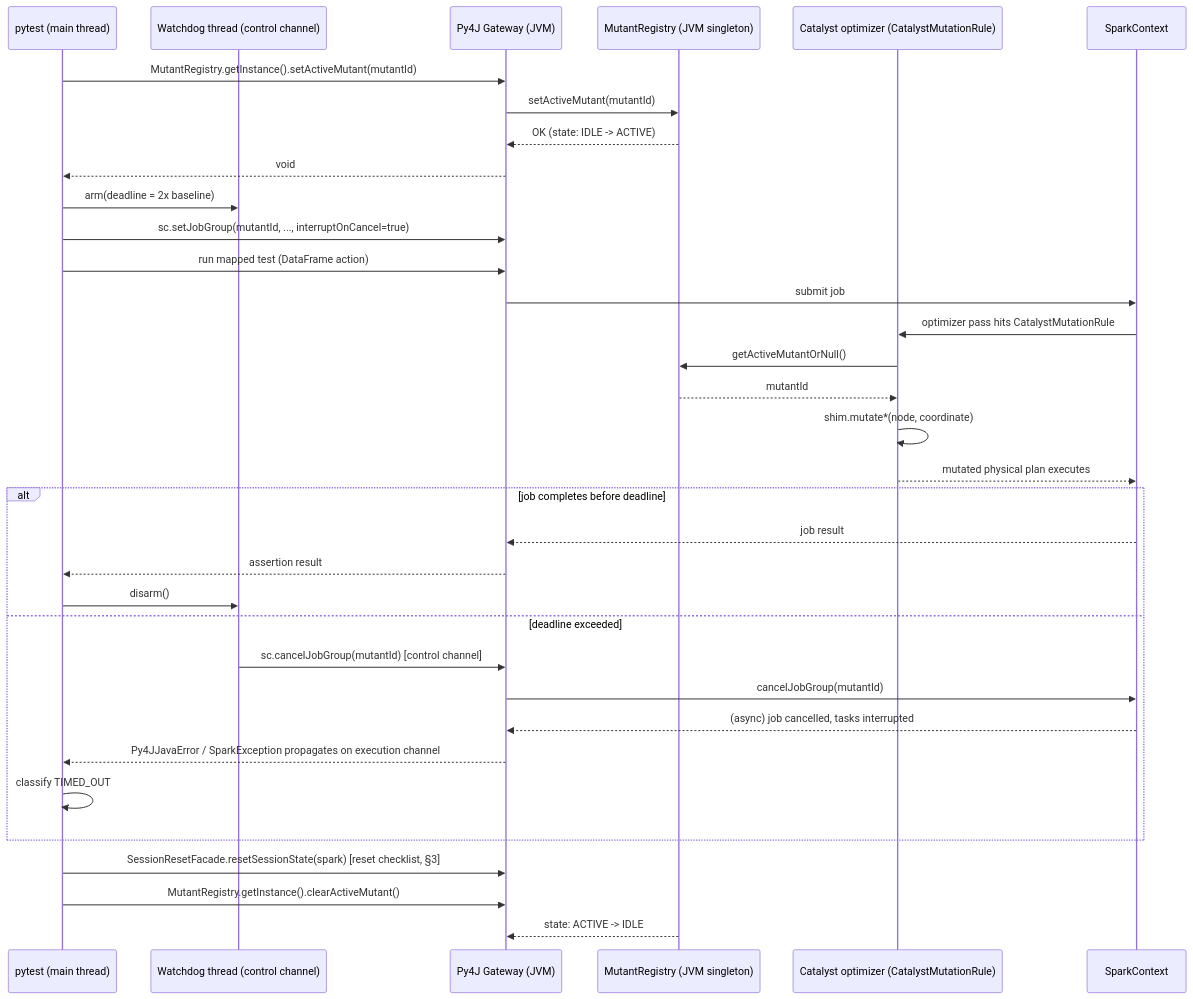
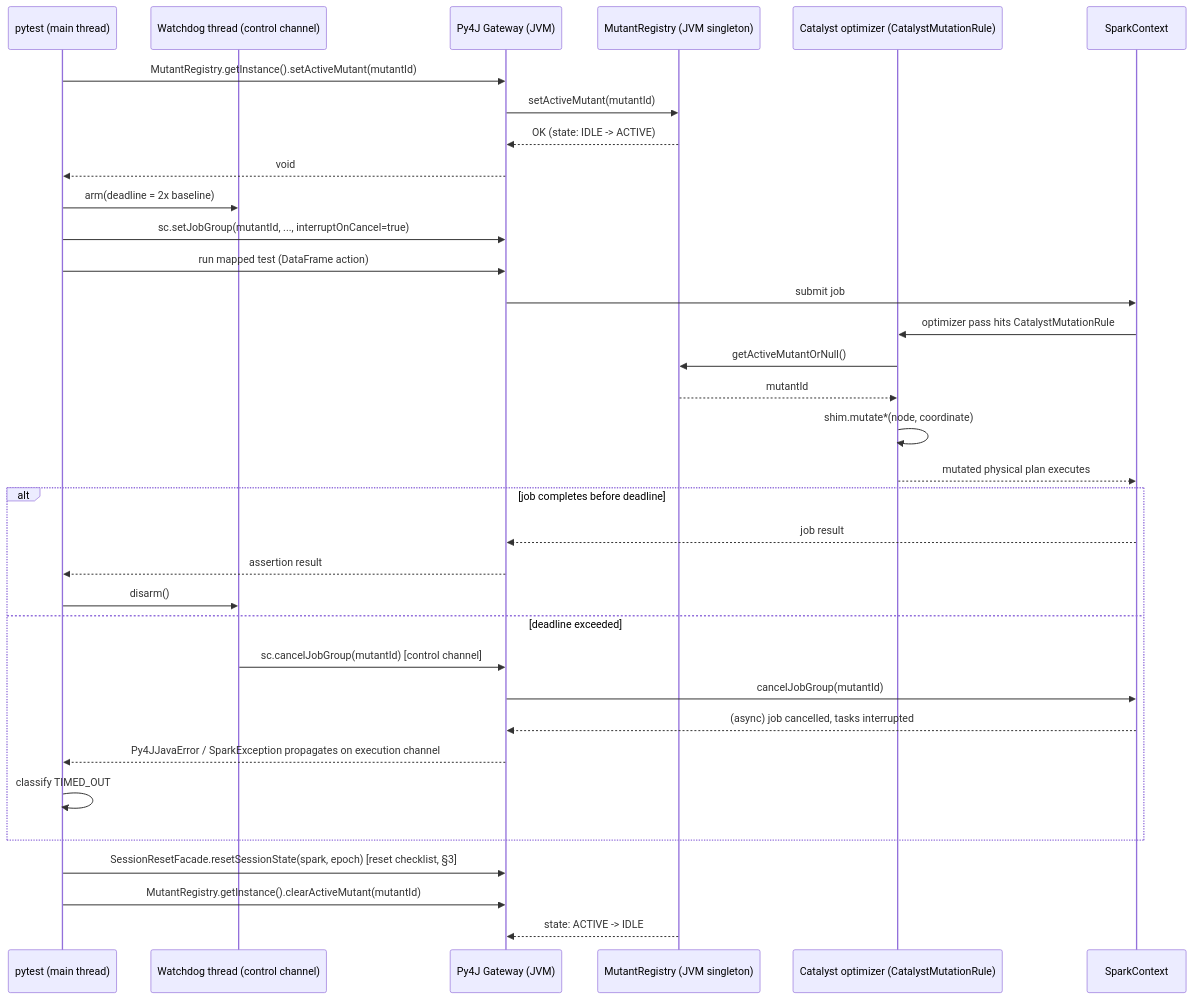
One commit to wpunit13/spark-mutation-testing changed the third of 3 diagrams in docs/ARCHITECTURE.md. Above: the diagram before and after it, drawn with Mermaid. The commit also changed other lines of this file and 10 other files, not shown here.

````diff
--- a/docs/ARCHITECTURE.md
+++ b/docs/ARCHITECTURE.md
@@ -161,40 +184,40 @@
 ```mermaid
 sequenceDiagram
     participant PT as pytest (main thread)
     participant WD as Watchdog thread (control channel)
     participant PY4J as Py4J Gateway (JVM)
     participant REG as MutantRegistry (JVM singleton)
     participant CAT as Catalyst optimizer (CatalystMutationRule)
     participant SC as SparkContext
 
     PT->>PY4J: MutantRegistry.getInstance().setActiveMutant(mutantId)
     PY4J->>REG: setActiveMutant(mutantId)
     REG-->>PY4J: OK (state: IDLE -> ACTIVE)
     PY4J-->>PT: void
 
     PT->>WD: arm(deadline = 2x baseline)
     PT->>PY4J: sc.setJobGroup(mutantId, ..., interruptOnCancel=true)
     PT->>PY4J: run mapped test (DataFrame action)
     PY4J->>SC: submit job
     SC->>CAT: optimizer pass hits CatalystMutationRule
     CAT->>REG: getActiveMutantOrNull()
     REG-->>CAT: mutantId
     CAT->>CAT: shim.mutate*(node, coordinate)
     CAT-->>SC: mutated physical plan executes
 
     alt job completes before deadline
         SC-->>PY4J: job result
         PY4J-->>PT: assertion result
         PT->>WD: disarm()
     else deadline exceeded
         WD->>PY4J: sc.cancelJobGroup(mutantId)  [control channel]
         PY4J->>SC: cancelJobGroup(mutantId)
         SC-->>PY4J: (async) job cancelled, tasks interrupted
         PY4J-->>PT: Py4JJavaError / SparkException propagates on execution channel
         PT->>PT: classify TIMED_OUT
     end
 
-    PT->>PY4J: SessionResetFacade.resetSessionState(spark)  [reset checklist, §3]
-    PT->>PY4J: MutantRegistry.getInstance().clearActiveMutant()
+    PT->>PY4J: SessionResetFacade.resetSessionState(spark, epoch)  [reset checklist, §3]
+    PT->>PY4J: MutantRegistry.getInstance().clearActiveMutant(mutantId)
     REG-->>PY4J: state: ACTIVE -> IDLE
 ```
````
